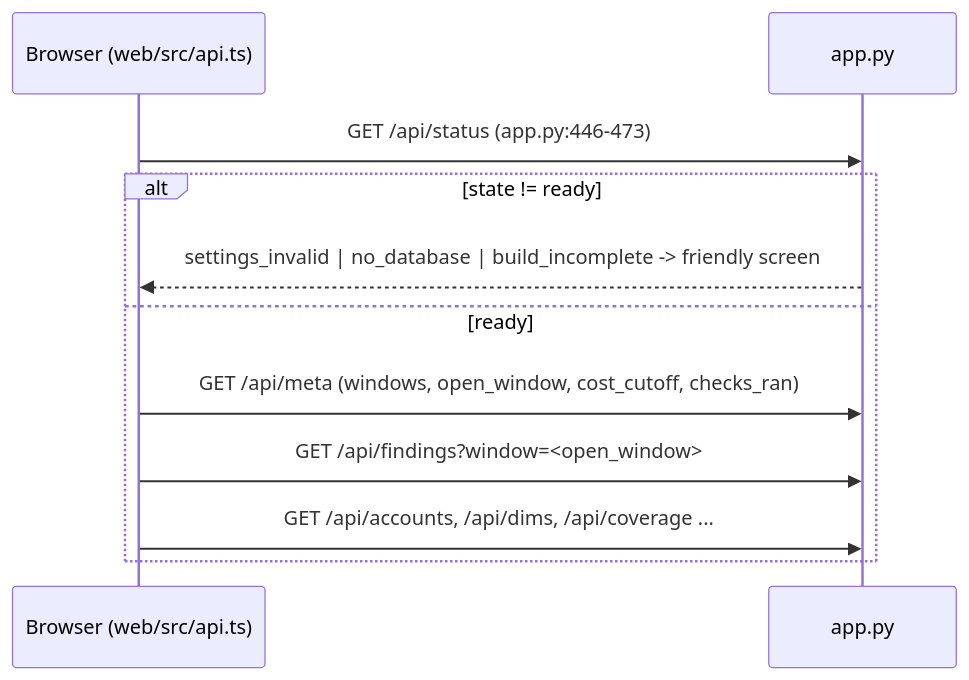
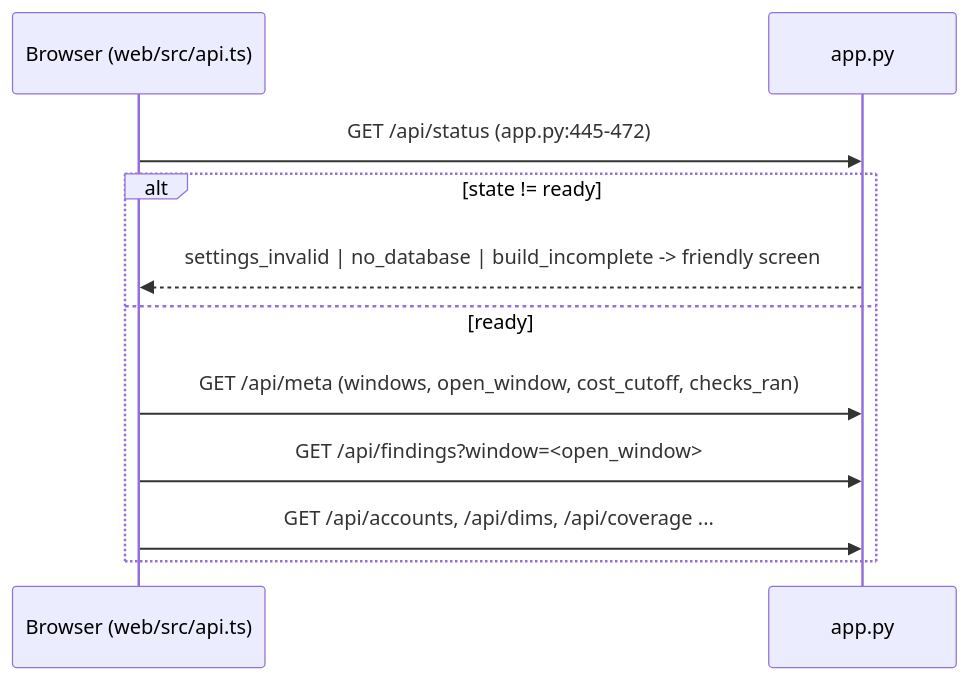
One commit to darshanmeel/snowflake-audit-app changed the first of 3 diagrams in snowflake-audit-app-knowledge-graph/flows/request.md. Above: the diagram before and after it, drawn with Mermaid. The commit also changed other lines of this file and 191 other files, not shown here.

First line of the commit message:
Fix remaining review findings; update graph and docs

````diff
--- a/snowflake-audit-app-knowledge-graph/flows/request.md
+++ b/snowflake-audit-app-knowledge-graph/flows/request.md
@@ -7,13 +7,13 @@
 ```mermaid
 sequenceDiagram
   participant UI as Browser (web/src/api.ts)
   participant API as app.py
-  UI->>API: GET /api/status (app.py:446-473)
+  UI->>API: GET /api/status (app.py:445-472)
   alt state != ready
     API-->>UI: settings_invalid | no_database | build_incomplete -> friendly screen
   else ready
     UI->>API: GET /api/meta (windows, open_window, cost_cutoff, checks_ran)
     UI->>API: GET /api/findings?window=<open_window>
     UI->>API: GET /api/accounts, /api/dims, /api/coverage ...
   end
 ```
````
